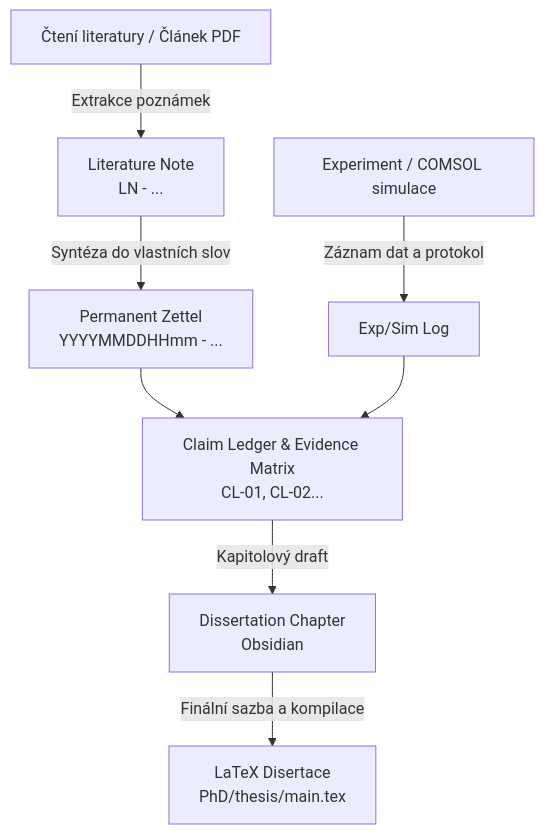
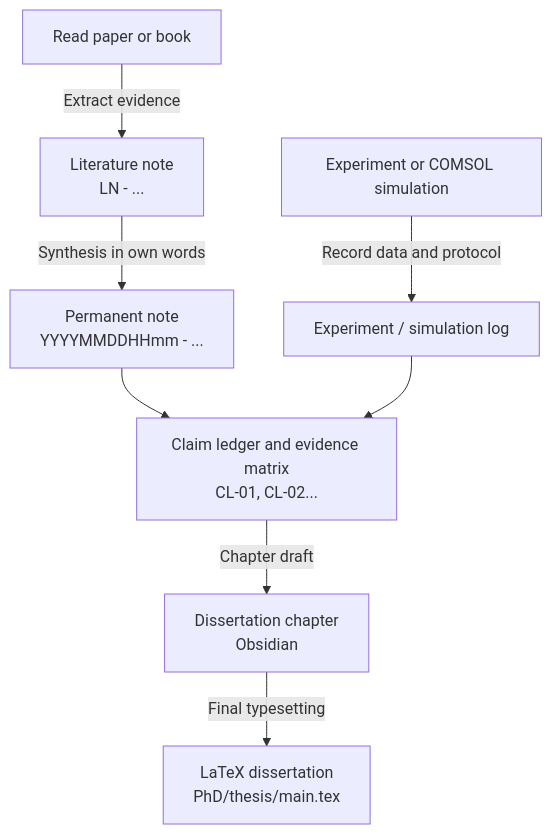
The diagram in src/site/notes/System/Research Methodology & Workflows.md (sakalmic/Obsidian), drawn with Mermaid before and after one commit. The commit also changed other lines of this file and 25 other files, not shown here.

````diff
--- a/src/site/notes/System/Research Methodology & Workflows.md
+++ b/src/site/notes/System/Research Methodology & Workflows.md
@@ -14,10 +14,10 @@
 ```mermaid
 graph TD
-    A[Čtení literatury / Článek PDF] -->|Extrakce poznámek| B[Literature Note\nLN - ...]
-    B -->|Syntéza do vlastních slov| C[Permanent Zettel\nYYYYMMDDHHmm - ...]
-    D[Experiment / COMSOL simulace] -->|Záznam dat a protokol| E[Exp/Sim Log]
-    C --> F[Claim Ledger & Evidence Matrix\nCL-01, CL-02...]
+    A[Read paper or book] -->|Extract evidence| B[Literature note\nLN - ...]
+    B -->|Synthesis in own words| C[Permanent note\nYYYYMMDDHHmm - ...]
+    D[Experiment or COMSOL simulation] -->|Record data and protocol| E[Experiment / simulation log]
+    C --> F[Claim ledger and evidence matrix\nCL-01, CL-02...]
     E --> F
-    F -->|Kapitolový draft| G[Dissertation Chapter\nObsidian]
-    G -->|Finální sazba a kompilace| H[LaTeX Disertace\nPhD/thesis/main.tex]
+    F -->|Chapter draft| G[Dissertation chapter\nObsidian]
+    G -->|Final typesetting| H[LaTeX dissertation\nPhD/thesis/main.tex]
 ```
````
